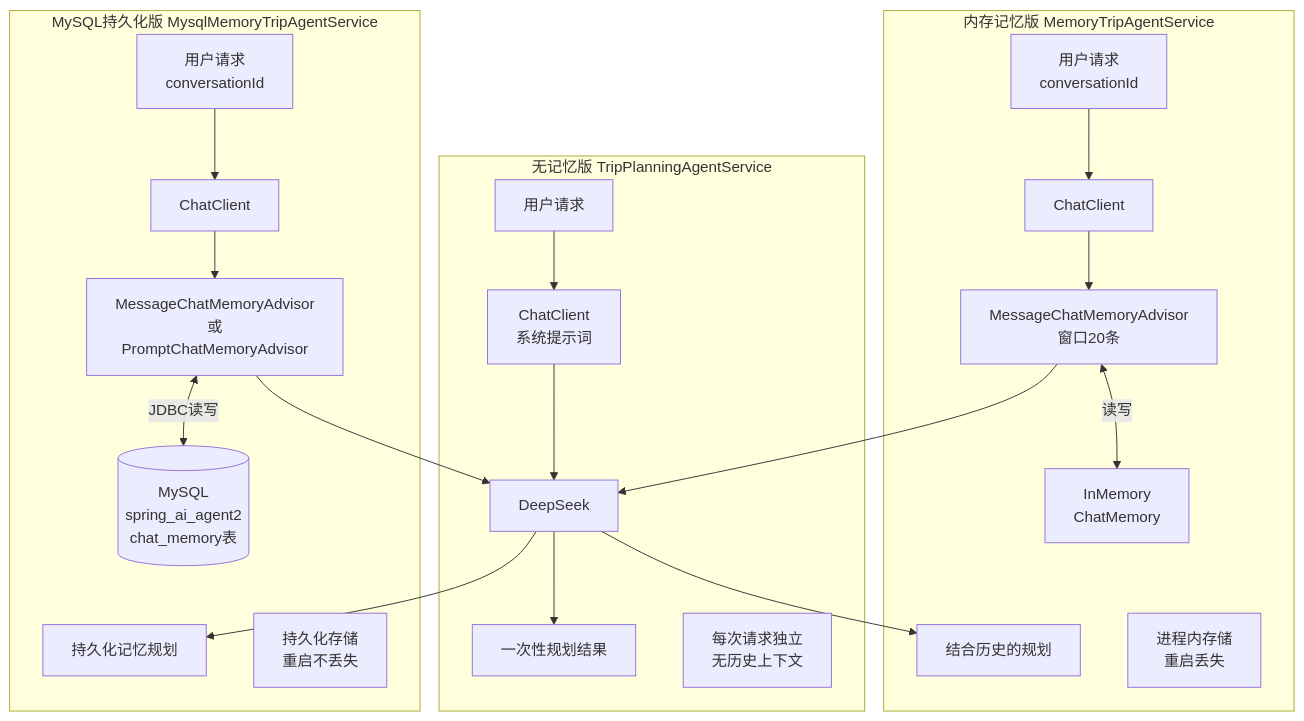
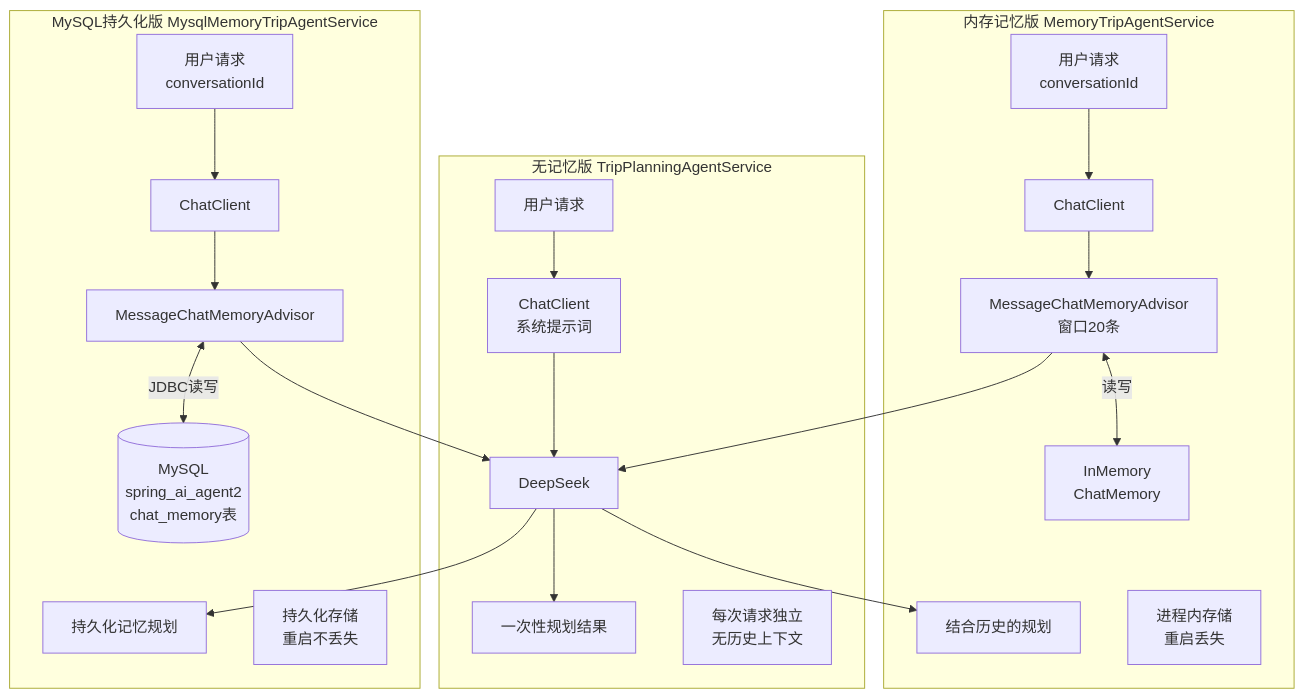
The seventh of 10 diagrams in demo2/README.md (jasonsoso/spring-ai-demo), drawn with Mermaid before and after one commit. The commit also changed other lines of this file and 9 other files, not shown here.

````diff
--- a/demo2/README.md
+++ b/demo2/README.md
@@ -479,27 +479,27 @@
 ```mermaid
 flowchart TB
     subgraph 无记忆版 TripPlanningAgentService
         U1[用户请求] --> CC1[ChatClient\n系统提示词]
         CC1 --> DS4[DeepSeek]
         DS4 --> R3[一次性规划结果]
         note1[每次请求独立\n无历史上下文]
     end
 
     subgraph 内存记忆版 MemoryTripAgentService
         U2[用户请求\nconversationId] --> CC2[ChatClient]
         CC2 --> MAD[MessageChatMemoryAdvisor\n窗口20条]
         MAD <-->|读写| MEM2[InMemory\nChatMemory]
         MAD --> DS4
         DS4 --> R4[结合历史的规划]
         note2[进程内存储\n重启丢失]
     end
 
     subgraph MySQL持久化版 MysqlMemoryTripAgentService
         U3[用户请求\nconversationId] --> CC3[ChatClient]
-        CC3 --> MAD2[MessageChatMemoryAdvisor\n或PromptChatMemoryAdvisor]
+        CC3 --> MAD2[MessageChatMemoryAdvisor]
         MAD2 <-->|JDBC读写| DB2[(MySQL\nspring_ai_agent2\nchat_memory表)]
         MAD2 --> DS4
         DS4 --> R5[持久化记忆规划]
         note3[持久化存储\n重启不丢失]
     end
 ```
````
